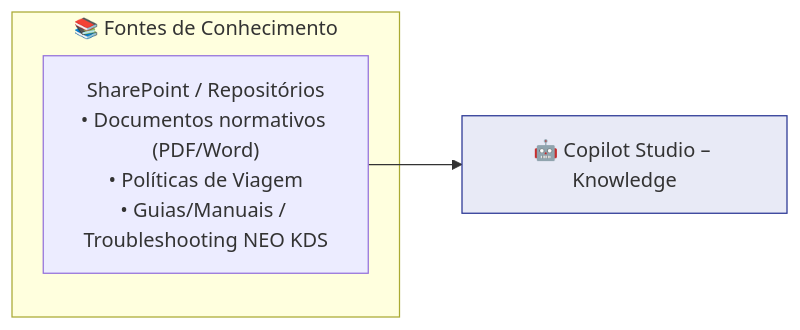
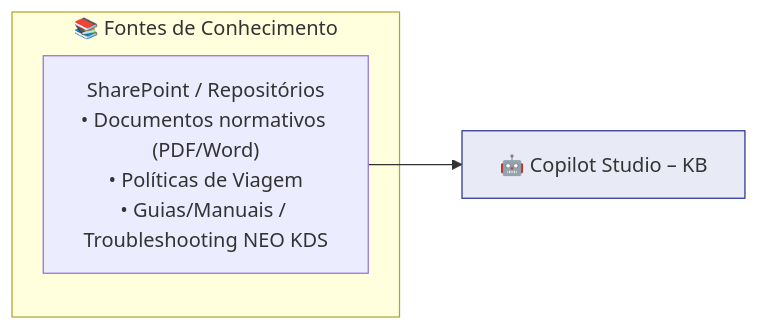
One commit to gabrielnog2/T-E_AIagent changed the third of 5 diagrams in documentacao/modelo-1-arquitetura-tecnica.md. Above: the diagram before and after it, drawn with Mermaid.

````diff
--- a/documentacao/modelo-1-arquitetura-tecnica.md
+++ b/documentacao/modelo-1-arquitetura-tecnica.md
@@ -80,9 +80,9 @@
   ```mermaid
   graph LR
   subgraph "📚 Fontes de Conhecimento"
     SP["SharePoint / Repositórios\n• Documentos normativos (PDF/Word)\n• Políticas de Viagem\n• Guias/Manuais / Troubleshooting NEO KDS"]
   end
-  AGKB["🤖 Copilot Studio – Knowledge"]
+  AGKB["🤖 Copilot Studio – KB"]
   SP --> AGKB
   style AGKB fill:#E8EAF6,stroke:#283593
    ```
````
